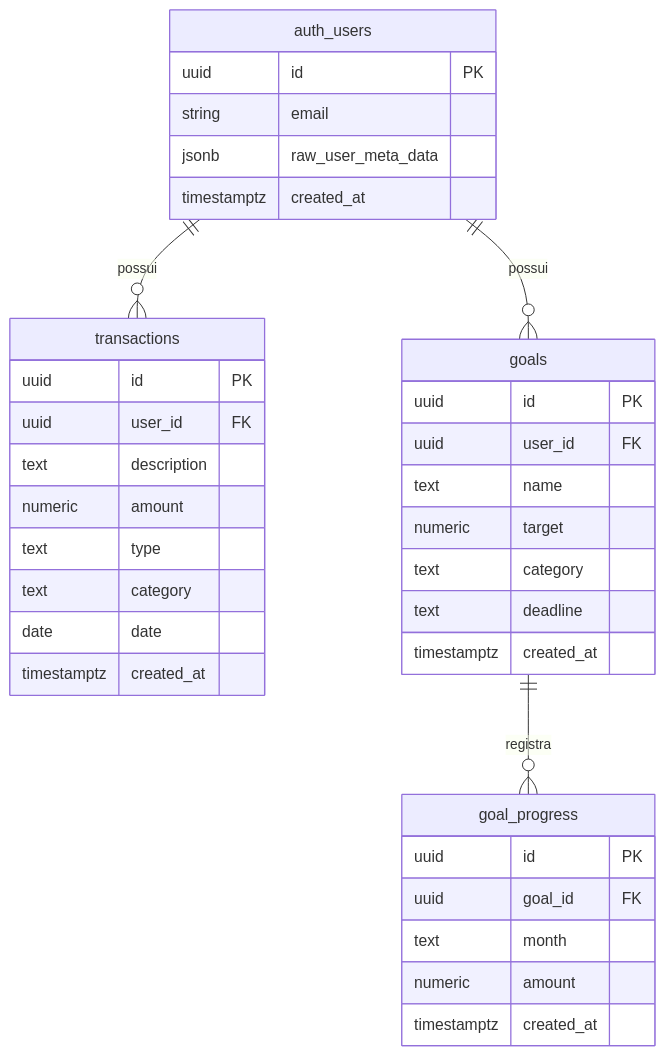
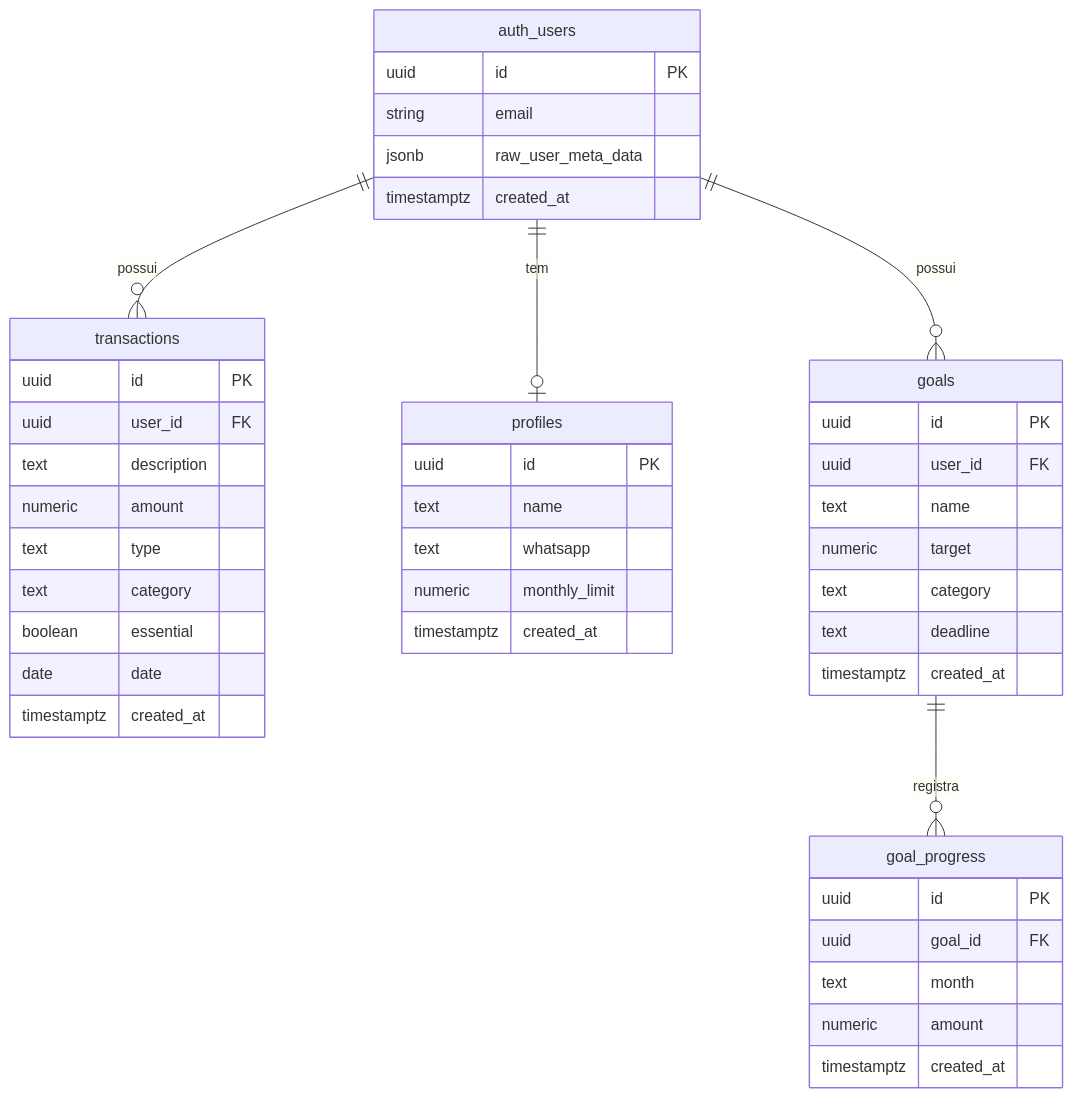
Before and after one commit to Theuzpee/MinhasFinancias: the second of 2 diagrams in README.md, drawn with Mermaid. The commit also changed other lines of this file and 13 other files, not shown here.

````diff
--- a/README.md
+++ b/README.md
@@ -43,42 +43,52 @@
 ```mermaid
 erDiagram
     auth_users {
         uuid id PK
         string email
         jsonb raw_user_meta_data
         timestamptz created_at
     }
 
     transactions {
         uuid id PK
         uuid user_id FK
         text description
         numeric amount
         text type
         text category
+        boolean essential
         date date
+        timestamptz created_at
+    }
+
+    profiles {
+        uuid id PK
+        text name
+        text whatsapp
+        numeric monthly_limit
         timestamptz created_at
     }
 
     goals {
         uuid id PK
         uuid user_id FK
         text name
         numeric target
         text category
         text deadline
         timestamptz created_at
     }
 
     goal_progress {
         uuid id PK
         uuid goal_id FK
         text month
         numeric amount
         timestamptz created_at
     }
 
     auth_users ||--o{ transactions : "possui"
     auth_users ||--o{ goals : "possui"
+    auth_users ||--o| profiles : "tem"
     goals ||--o{ goal_progress : "registra"
 ```
````
